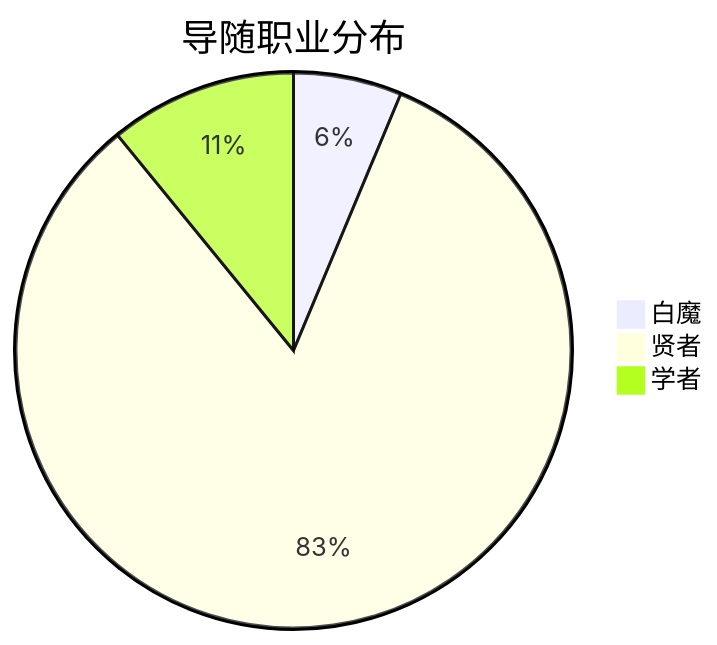
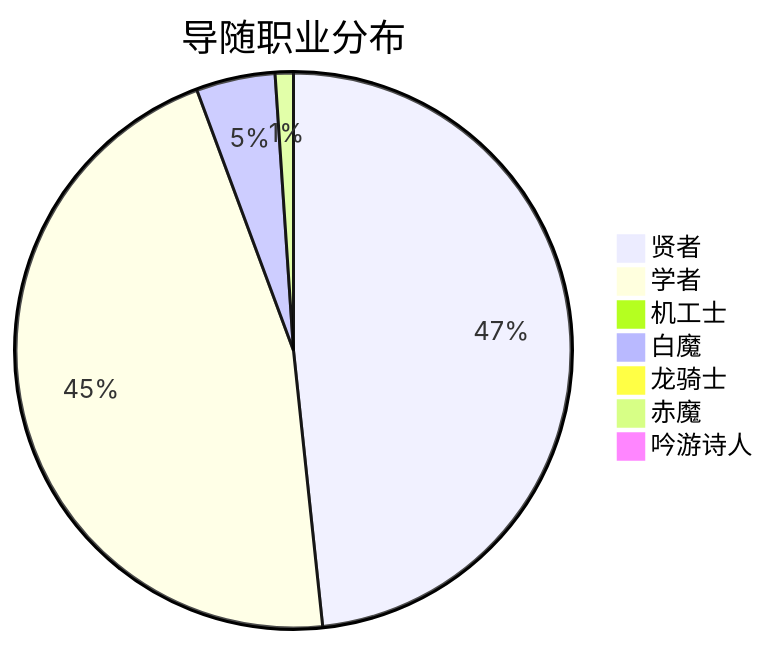
The first of 2 diagrams in _tabs/about.md (wanwan0514/wanwan0514.github.io), drawn with Mermaid before and after one commit. The commit also changed other lines of this file and 10 other files, not shown here.

Commit message:
modify about pie chart, delete and modify posts

````diff
--- a/_tabs/about.md
+++ b/_tabs/about.md
@@ -8,7 +8,11 @@
 ```mermaid
 pie
     title 导随职业分布
-    "白魔": 37
-    "贤者": 486
-    "学者": 64
+    "贤者": 547
+    "学者": 521
+    "机工士": 7
+    "白魔": 52
+    "龙骑士": 7
+    "赤魔": 12
+    "吟游诗人": 6
 ```
````
